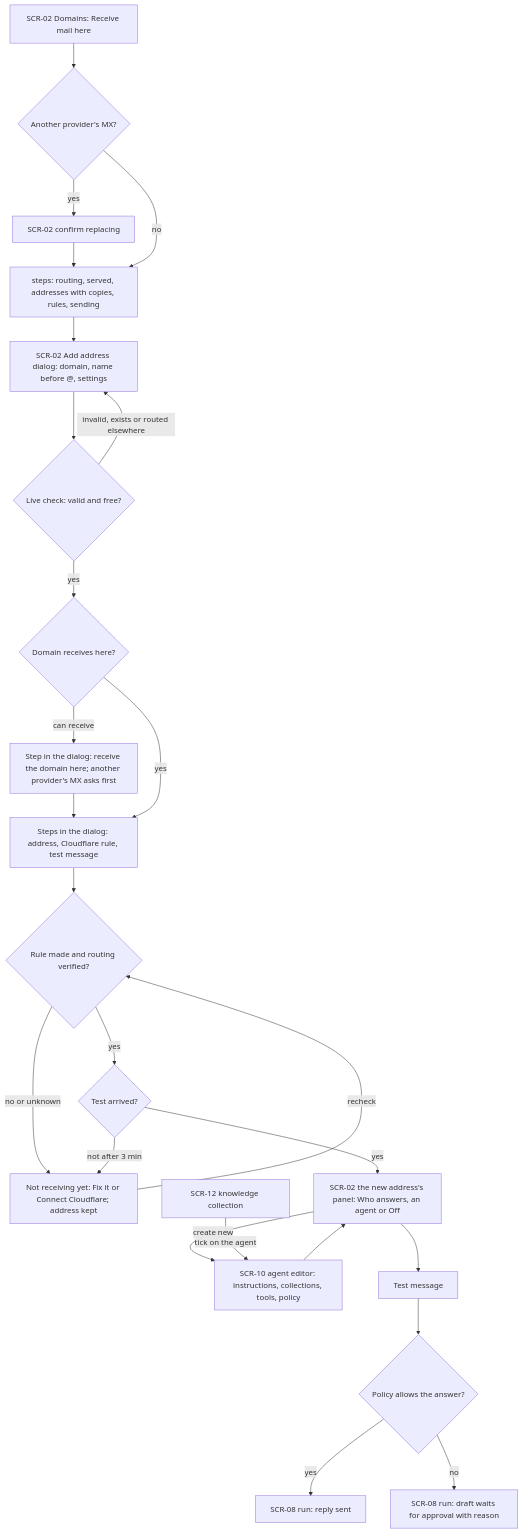
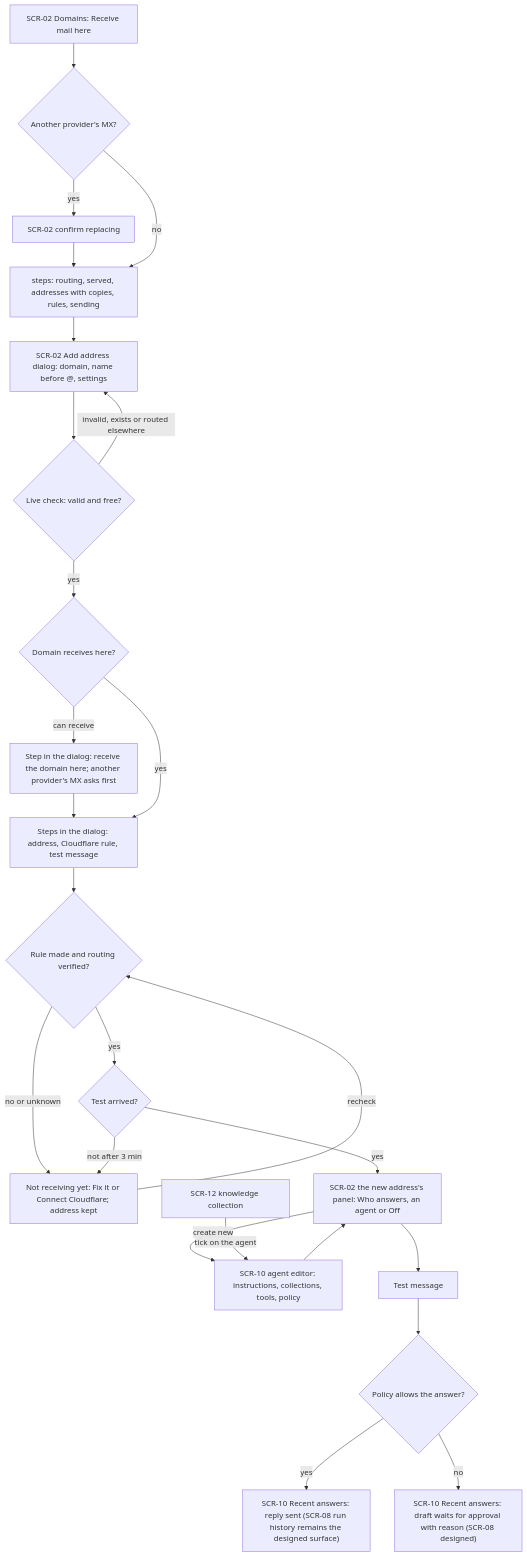
Before and after one commit to passioncode-ai/fabric-inbox: the eighth of 8 diagrams in docs/ux/flows.md, drawn with Mermaid. The commit also changed other lines of this file and 107 other files, not shown here.

````diff
--- a/docs/ux/flows.md
+++ b/docs/ux/flows.md
@@ -244,27 +244,27 @@
 ```mermaid
 flowchart TD
   Z["SCR-02 Domains: Receive mail here"] --> Y{"Another provider's MX?"}
   Y -->|yes| X["SCR-02 confirm replacing"]
   X --> W["steps: routing, served, addresses with copies, rules, sending"]
   Y -->|no| W
   W --> A
   A["SCR-02 Add address dialog: domain, name before @, settings"] --> L{"Live check: valid and free?"}
   L -->|invalid, exists or routed elsewhere| A
   L -->|yes| M{"Domain receives here?"}
   M -->|can receive| R["Step in the dialog: receive the domain here; another provider's MX asks first"]
   R --> S
   M -->|yes| S["Steps in the dialog: address, Cloudflare rule, test message"]
   S --> B{"Rule made and routing verified?"}
   B -->|no or unknown| C["Not receiving yet: Fix it or Connect Cloudflare; address kept"]
   C -->|recheck| B
   B -->|yes| T{"Test arrived?"}
   T -->|not after 3 min| C
   T -->|yes| D["SCR-02 the new address's panel: Who answers, an agent or Off"]
   D -->|create new| E["SCR-10 agent editor: instructions, collections, tools, policy"]
   K["SCR-12 knowledge collection"] -->|tick on the agent| E
   E --> D
   D --> F["Test message"]
   F --> G{"Policy allows the answer?"}
-  G -->|yes| H["SCR-08 run: reply sent"]
-  G -->|no| I["SCR-08 run: draft waits for approval with reason"]
+  G -->|yes| H["SCR-10 Recent answers: reply sent (SCR-08 run history remains the designed surface)"]
+  G -->|no| I["SCR-10 Recent answers: draft waits for approval with reason (SCR-08 designed)"]
 ```
````
